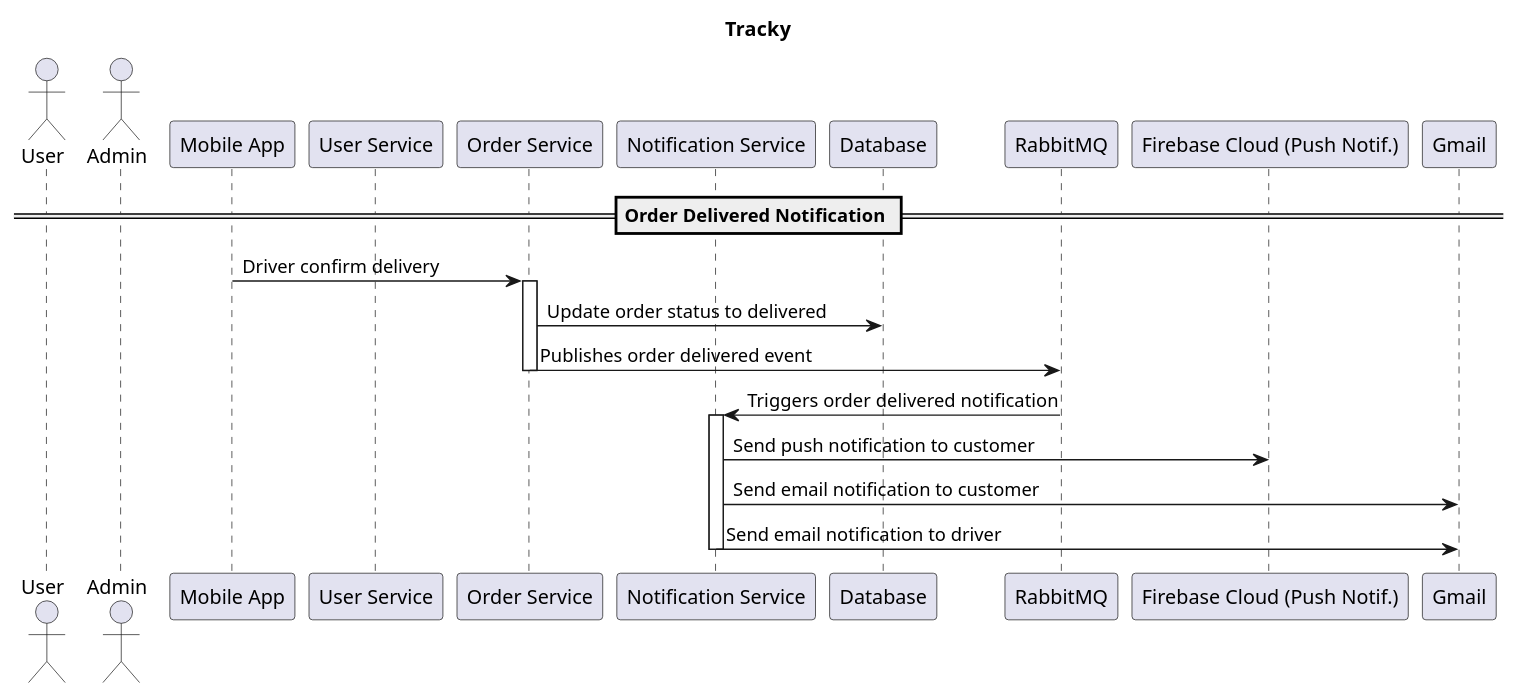
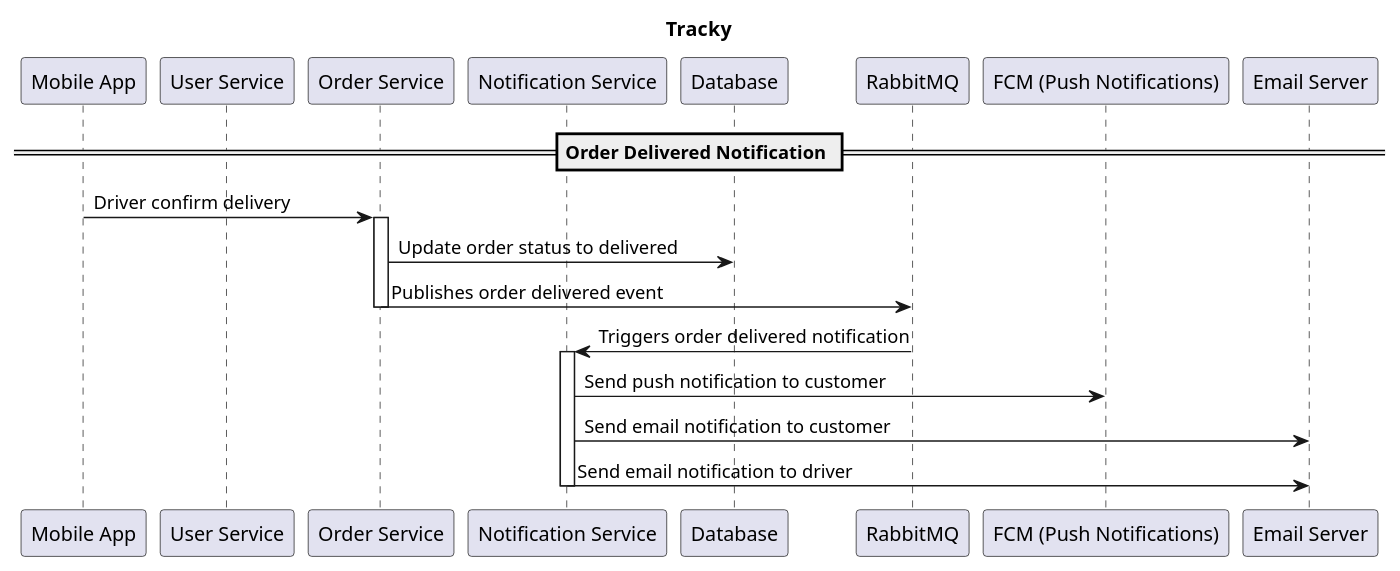
The diagram in assets/order-delivered-diagram.puml (lucaazalim/ldamd-tracky), drawn with PlantUML before and after one commit. The commit also changed 1 other file, not shown here.

Commit message:
docs: update sequence diagrams.

```diff
--- a/assets/order-delivered-diagram.puml
+++ b/assets/order-delivered-diagram.puml
@@ -1,35 +1,32 @@
 @startuml TrackyCloudSequence
 title Tracky
-
-actor User as U
-actor Admin as ADM
 
 participant "Mobile App" as MA
 participant "User Service" as US
 participant "Order Service" as OS
 participant "Notification Service" as NS
 
 participant "Database" as DB
 participant "RabbitMQ" as RMQ
 
-participant "Firebase Cloud (Push Notif.)" as FCM
-participant "Gmail" as GM
+participant "FCM (Push Notifications)" as FCM
+participant "Email Server" as ES
 
 == Order Delivered Notification ==
 
 MA -> OS: Driver confirm delivery
 
 activate OS
 OS -> DB: Update order status to delivered
 OS -> RMQ: Publishes order delivered event
 deactivate OS
 
 RMQ -> NS: Triggers order delivered notification
 
 activate NS
 NS -> FCM: Send push notification to customer
-NS -> GM: Send email notification to customer
-NS -> GM: Send email notification to driver
+NS -> ES: Send email notification to customer
+NS -> ES: Send email notification to driver
 deactivate NS
 
 @enduml
```
